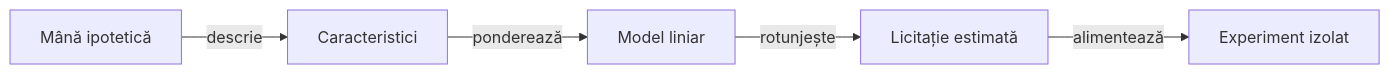
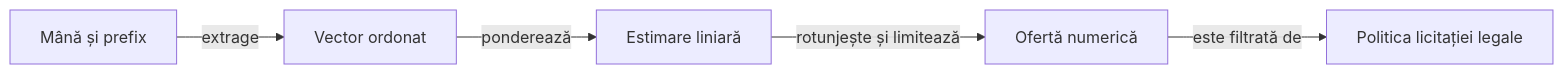
Before and after one commit to crististefanita/atf_j4: the diagram in whist-lab-app/ai-lab/experiments/round5-rejected-bid-prior/README.md, drawn with Mermaid. The commit also changed other lines of this file and 120 other files, not shown here.

````diff
--- a/whist-lab-app/ai-lab/experiments/round5-rejected-bid-prior/README.md
+++ b/whist-lab-app/ai-lab/experiments/round5-rejected-bid-prior/README.md
@@ -11,7 +9,7 @@
 ```mermaid
 flowchart LR
-    HAND[Mână ipotetică] -->|descrie| FEATURES[Caracteristici]
-    FEATURES -->|ponderează| MODEL[Model liniar]
-    MODEL -->|rotunjește| BID[Licitație estimată]
-    BID -->|alimentează| EXP[Experiment izolat]
+    HAND[Mână și prefix] -->|extrage| FEATURES[Vector ordonat]
+    FEATURES -->|ponderează| MEAN[Estimare liniară]
+    MEAN -->|rotunjește și limitează| BID[Ofertă numerică]
+    BID -->|este filtrată de| LEGAL[Politica licitației legale]
 ```
````
